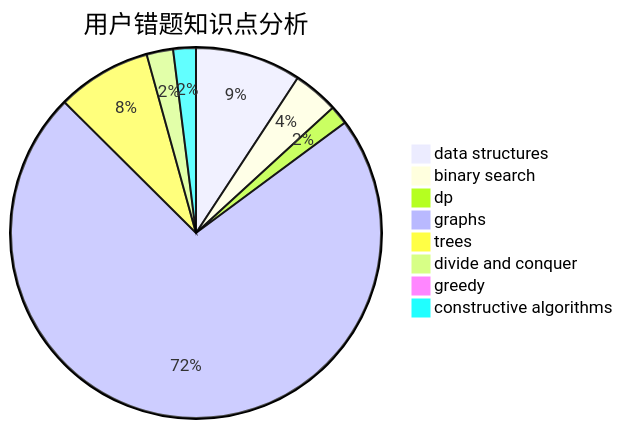
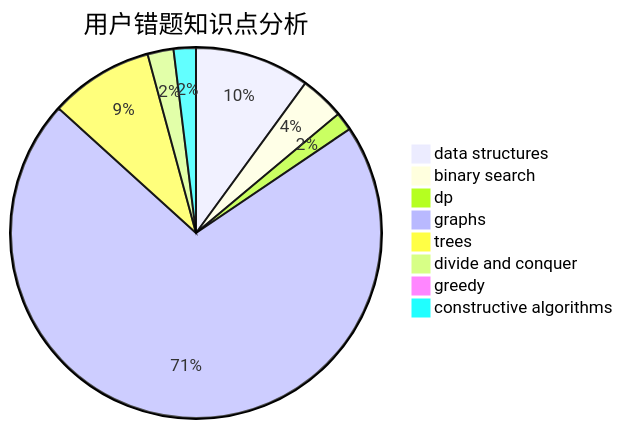
Before and after one commit to sherpahu/cfrs.github.io: the third of 3 diagrams in docs/user/u412.md, drawn with Mermaid. The commit also changed other lines of this file and 2770 other files, not shown here.

````diff
--- a/docs/user/u412.md
+++ b/docs/user/u412.md
@@ -36,11 +36,11 @@
 ```mermaid
 pie title 用户错题知识点分析
-    "data structures" :  28
+    "data structures" :  31
     "binary search" :  12
     "dp" :  5
     "graphs" :  220
-    "trees" :  25
+    "trees" :  28
     "divide and conquer" :  7
     "greedy" :  1
     "constructive algorithms" :  6
 ```
````
